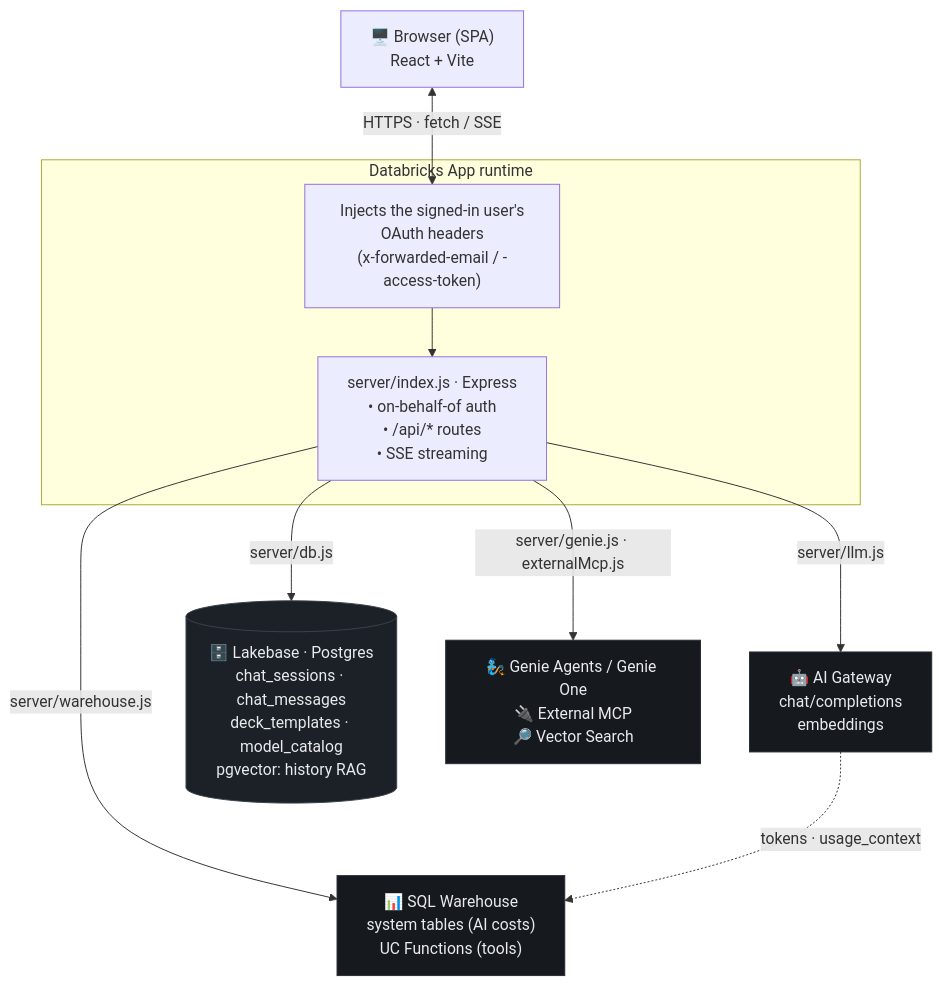
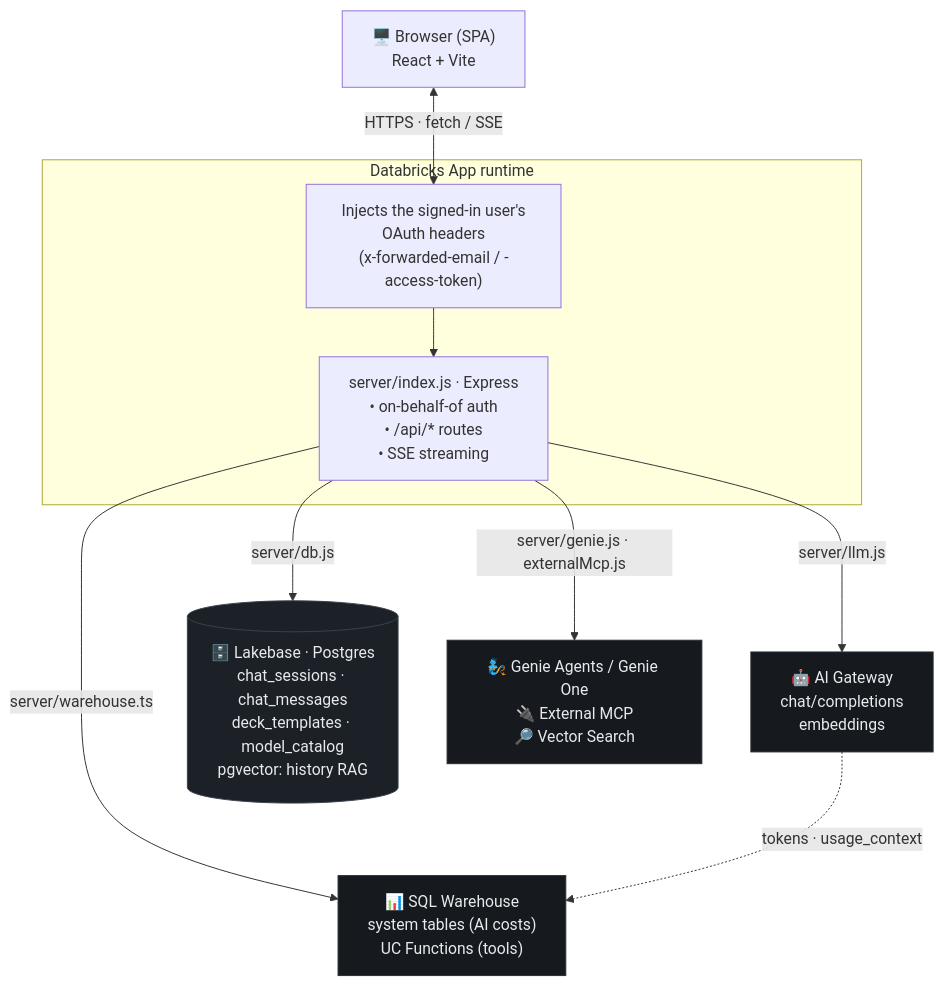
The diagram in README.es.md (pedrotramos/ai-prism), drawn with Mermaid before and after one commit. The commit also changed other lines of this file and 27 other files, not shown here.

````diff
--- a/README.es.md
+++ b/README.es.md
@@ -26,24 +26,24 @@
 ```mermaid
 flowchart TB
     SPA["🖥️ Browser (SPA)<br/>React + Vite"]
 
     subgraph runtime["Databricks App runtime"]
         APP["Injects the signed-in user's<br/>OAuth headers<br/>(x-forwarded-email / -access-token)"]
         SRV["server/index.js · Express<br/>• on-behalf-of auth<br/>• /api/* routes<br/>• SSE streaming"]
         APP --> SRV
     end
 
     SPA <-->|"HTTPS · fetch / SSE"| APP
 
     SRV -->|"server/llm.js"| GW["🤖 AI Gateway<br/>chat/completions<br/>embeddings"]
     SRV -->|"server/db.js"| LB[("🗄️ Lakebase · Postgres<br/>chat_sessions · chat_messages<br/>deck_templates · model_catalog<br/>pgvector: history RAG")]
-    SRV -->|"server/warehouse.js"| WH["📊 SQL Warehouse<br/>system tables (AI costs)<br/>UC Functions (tools)"]
+    SRV -->|"server/warehouse.ts"| WH["📊 SQL Warehouse<br/>system tables (AI costs)<br/>UC Functions (tools)"]
     SRV -->|"server/genie.js · externalMcp.js"| EXT["🧞 Genie Agents / Genie One<br/>🔌 External MCP<br/>🔎 Vector Search"]
 
     GW -.->|"tokens · usage_context"| WH
 
     classDef store fill:#1c2127,stroke:#3A424C,color:#e8eaed;
     classDef svc fill:#161a1f,stroke:#272d35,color:#e8eaed;
     class GW,WH,EXT svc;
     class LB store;
 ```
````
